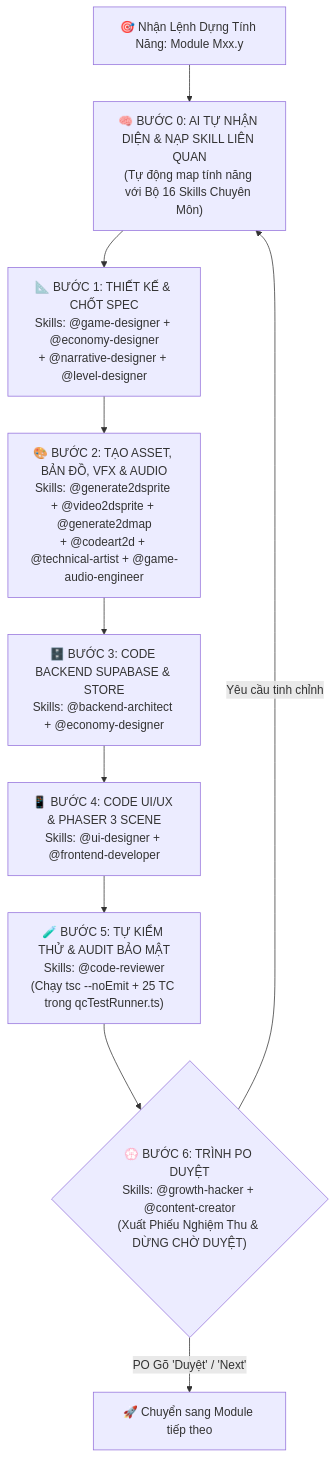
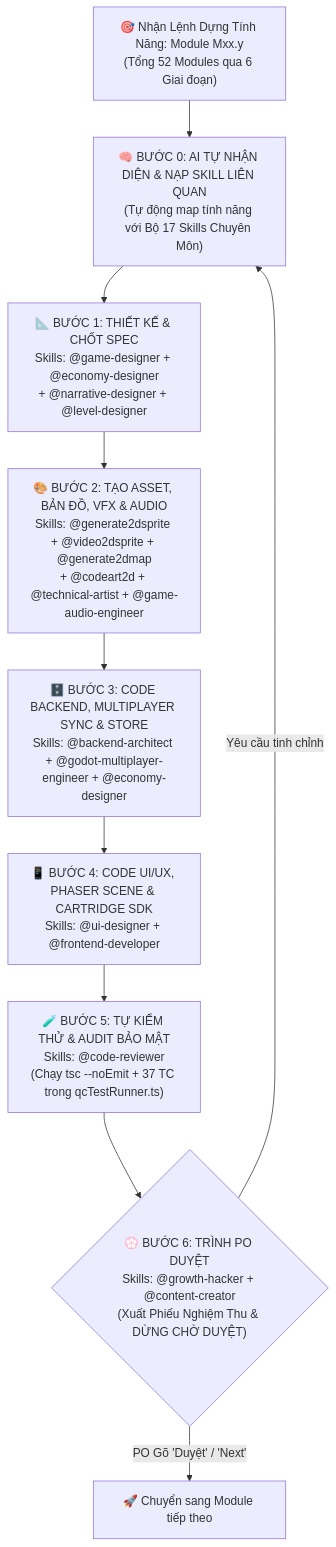
One commit to ducpham2806/VAC_Online changed the diagram in 10_MASTER_AI_PLAYBOOK_Quy_Trinh_AI_Tu_Dong_Dung_Tung_Tinh_Nang.md. Above: the diagram before and after it, drawn with Mermaid. The commit also changed other lines of this file and 8 other files, not shown here.

````diff
--- a/10_MASTER_AI_PLAYBOOK_Quy_Trinh_AI_Tu_Dong_Dung_Tung_Tinh_Nang.md
+++ b/10_MASTER_AI_PLAYBOOK_Quy_Trinh_AI_Tu_Dong_Dung_Tung_Tinh_Nang.md
@@ -13,13 +13,13 @@
 ```mermaid
 flowchart TD
-    Input["🎯 Nhận Lệnh Dựng Tính Năng: Module Mxx.y"] --> Detect["🧠 BƯỚC 0: AI TỰ NHẬN DIỆN & NẠP SKILL LIÊN QUAN\n(Tự động map tính năng với Bộ 16 Skills Chuyên Môn)"]
+    Input["🎯 Nhận Lệnh Dựng Tính Năng: Module Mxx.y\n(Tổng 52 Modules qua 6 Giai đoạn)"] --> Detect["🧠 BƯỚC 0: AI TỰ NHẬN DIỆN & NẠP SKILL LIÊN QUAN\n(Tự động map tính năng với Bộ 17 Skills Chuyên Môn)"]
 
     Detect --> S1["📐 BƯỚC 1: THIẾT KẾ & CHỐT SPEC\nSkills: @game-designer + @economy-designer\n+ @narrative-designer + @level-designer"]
     S1 --> S2["🎨 BƯỚC 2: TẠO ASSET, BẢN ĐỒ, VFX & AUDIO\nSkills: @generate2dsprite + @video2dsprite + @generate2dmap\n+ @codeart2d + @technical-artist + @game-audio-engineer"]
-    S2 --> S3["🗄️ BƯỚC 3: CODE BACKEND SUPABASE & STORE\nSkills: @backend-architect + @economy-designer"]
-    S3 --> S4["📱 BƯỚC 4: CODE UI/UX & PHASER 3 SCENE\nSkills: @ui-designer + @frontend-developer"]
-    S4 --> S5["🧪 BƯỚC 5: TỰ KIỂM THỬ & AUDIT BẢO MẬT\nSkills: @code-reviewer\n(Chạy tsc --noEmit + 25 TC trong qcTestRunner.ts)"]
+    S2 --> S3["🗄️ BƯỚC 3: CODE BACKEND, MULTIPLAYER SYNC & STORE\nSkills: @backend-architect + @godot-multiplayer-engineer + @economy-designer"]
+    S3 --> S4["📱 BƯỚC 4: CODE UI/UX, PHASER SCENE & CARTRIDGE SDK\nSkills: @ui-designer + @frontend-developer"]
+    S4 --> S5["🧪 BƯỚC 5: TỰ KIỂM THỬ & AUDIT BẢO MẬT\nSkills: @code-reviewer\n(Chạy tsc --noEmit + 37 TC trong qcTestRunner.ts)"]
     S5 --> S6{"💮 BƯỚC 6: TRÌNH PO DUYỆT\nSkills: @growth-hacker + @content-creator\n(Xuất Phiếu Nghiệm Thu & DỪNG CHỜ DUYỆT)"}
     S6 -- "Yêu cầu tinh chỉnh" --> Detect
     S6 -- "PO Gõ 'Duyệt' / 'Next'" --> Next["🚀 Chuyển sang Module tiếp theo"]
 ```
````
